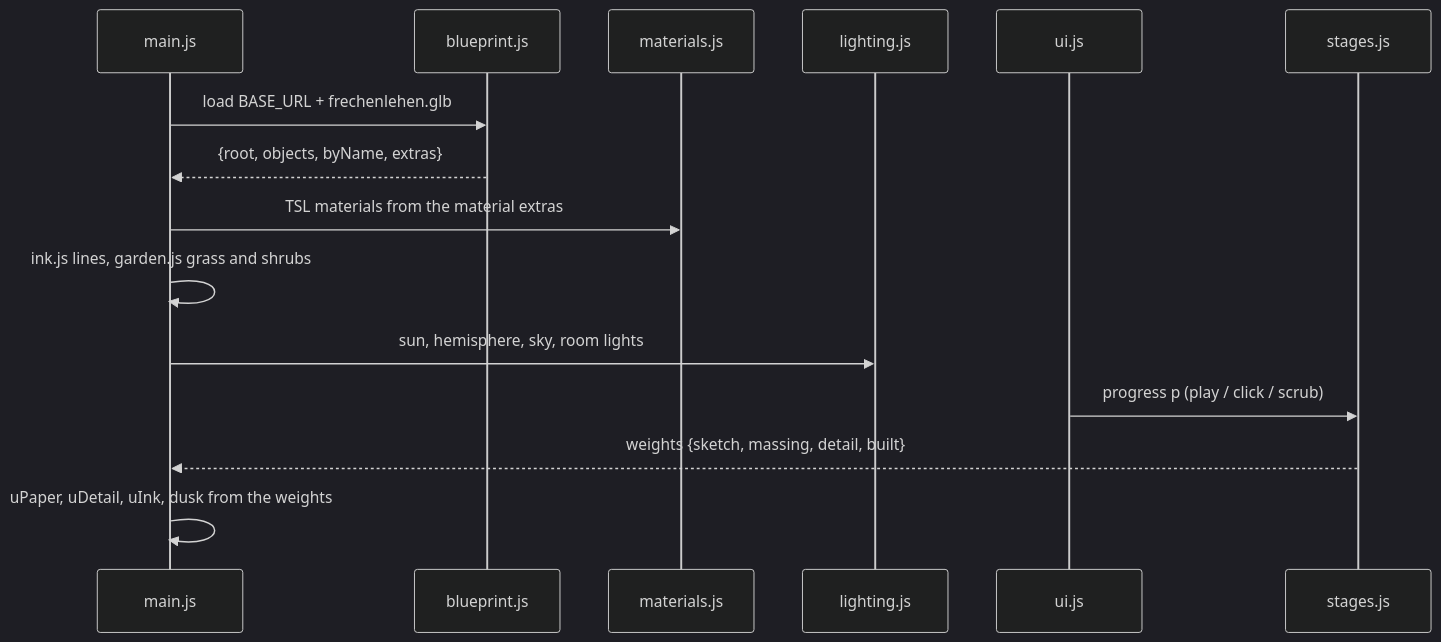
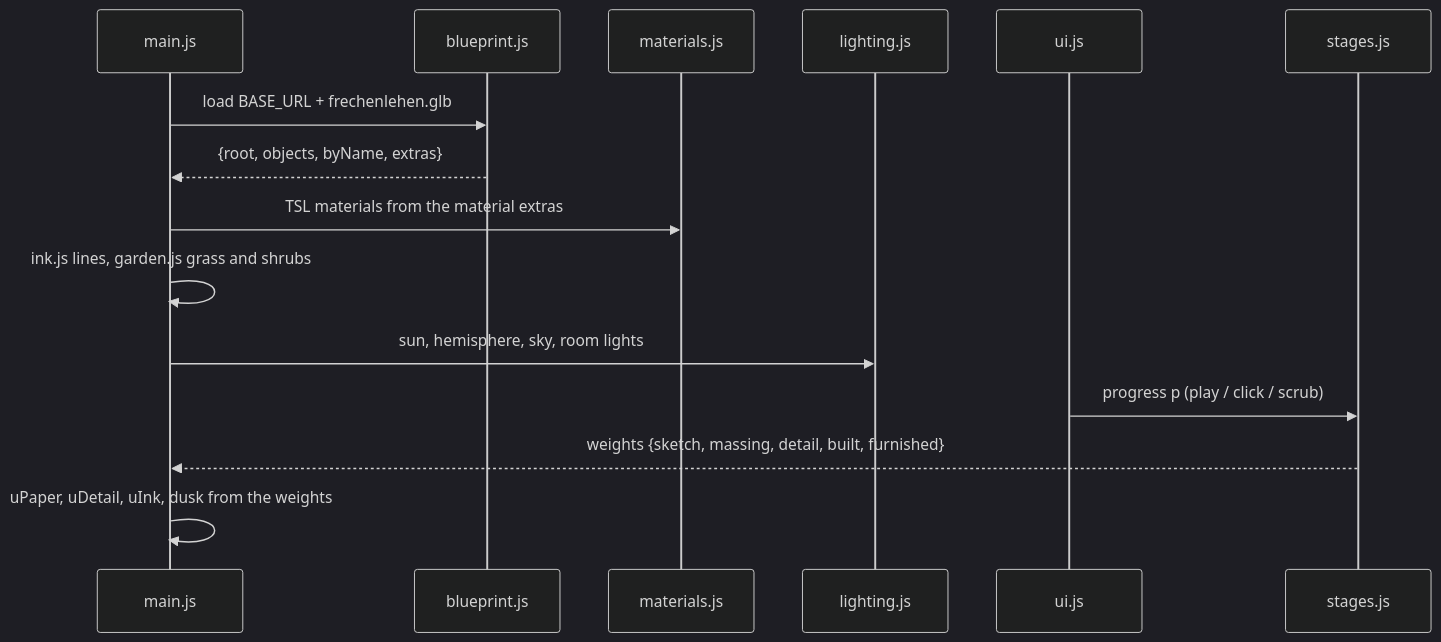
The third of 3 diagrams in specs/system/architecture.md (tillg/frechen_blender), drawn with Mermaid (dark theme) before and after one commit. The commit also changed other lines of this file and 16 other files, not shown here.

````diff
--- a/specs/system/architecture.md
+++ b/specs/system/architecture.md
@@ -149,17 +150,17 @@
 ```mermaid
 sequenceDiagram
     participant M as main.js
     participant L as blueprint.js
     participant Ma as materials.js
     participant Li as lighting.js
     participant U as ui.js
     participant S as stages.js
     M->>L: load BASE_URL + frechenlehen.glb
     L-->>M: {root, objects, byName, extras}
     M->>Ma: TSL materials from the material extras
     M->>M: ink.js lines, garden.js grass and shrubs
     M->>Li: sun, hemisphere, sky, room lights
     U->>S: progress p (play / click / scrub)
-    S-->>M: weights {sketch, massing, detail, built}
+    S-->>M: weights {sketch, massing, detail, built, furnished}
     M->>M: uPaper, uDetail, uInk, dusk from the weights
 ```
````
